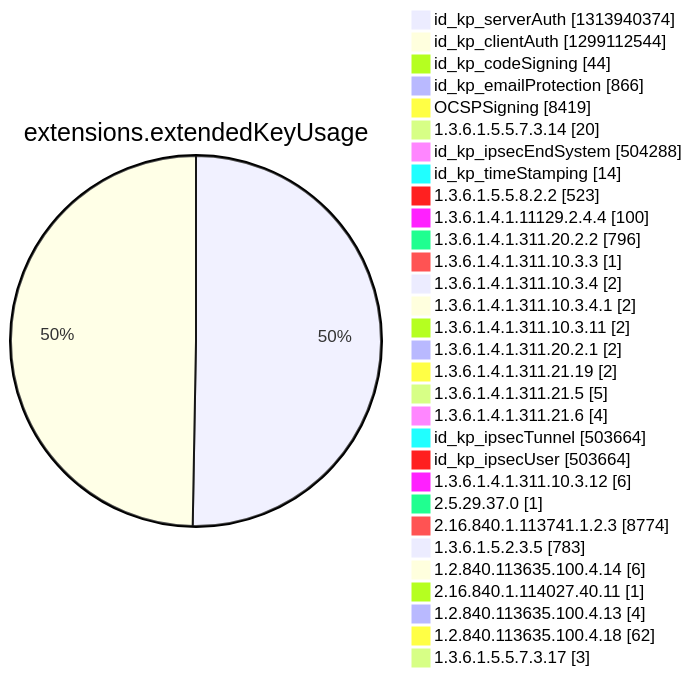
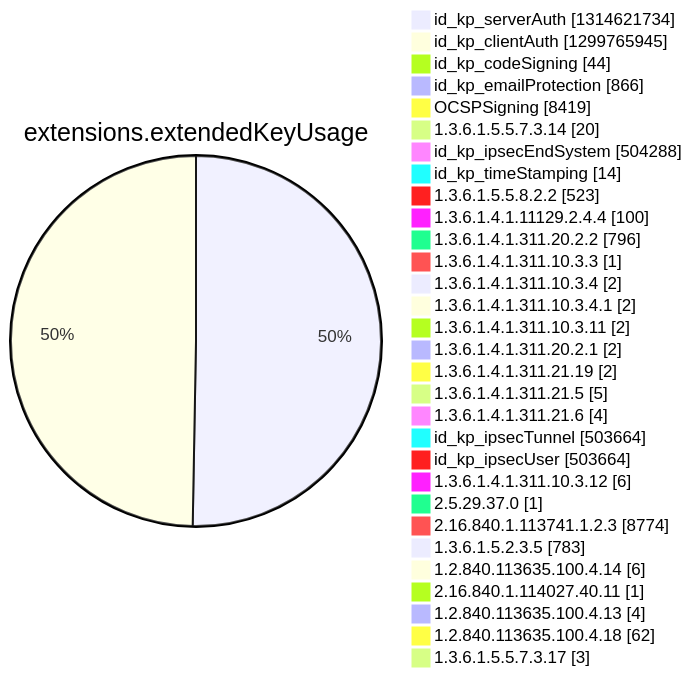
One commit to christiankrug/ctmonitor_visualization changed diagram 12 of 15 in argon2022/README.md. Above: the diagram before and after it, drawn with Mermaid. The commit also changed other lines of this file, not shown here.

````diff
--- a/argon2022/README.md
+++ b/argon2022/README.md
@@ -3552,34 +3552,34 @@
 ```mermaid
 pie showData
 title extensions.extendedKeyUsage
-"id_kp_serverAuth" :1313940374
-"id_kp_clientAuth" :1299112544
+"id_kp_serverAuth" :1314621734
+"id_kp_clientAuth" :1299765945
 "id_kp_codeSigning" :44
 "id_kp_emailProtection" :866
 "OCSPSigning" :8419
 "1.3.6.1.5.5.7.3.14" :20
 "id_kp_ipsecEndSystem" :504288
 "id_kp_timeStamping" :14
 "1.3.6.1.5.5.8.2.2" :523
 "1.3.6.1.4.1.11129.2.4.4" :100
 "1.3.6.1.4.1.311.20.2.2" :796
 "1.3.6.1.4.1.311.10.3.3" :1
 "1.3.6.1.4.1.311.10.3.4" :2
 "1.3.6.1.4.1.311.10.3.4.1" :2
 "1.3.6.1.4.1.311.10.3.11" :2
 "1.3.6.1.4.1.311.20.2.1" :2
 "1.3.6.1.4.1.311.21.19" :2
 "1.3.6.1.4.1.311.21.5" :5
 "1.3.6.1.4.1.311.21.6" :4
 "id_kp_ipsecTunnel" :503664
 "id_kp_ipsecUser" :503664
 "1.3.6.1.4.1.311.10.3.12" :6
 "2.5.29.37.0" :1
 "2.16.840.1.113741.1.2.3" :8774
 "1.3.6.1.5.2.3.5" :783
 "1.2.840.113635.100.4.14" :6
 "2.16.840.1.114027.40.11" :1
 "1.2.840.113635.100.4.13" :4
 "1.2.840.113635.100.4.18" :62
 "1.3.6.1.5.5.7.3.17" :3
 ```
````
